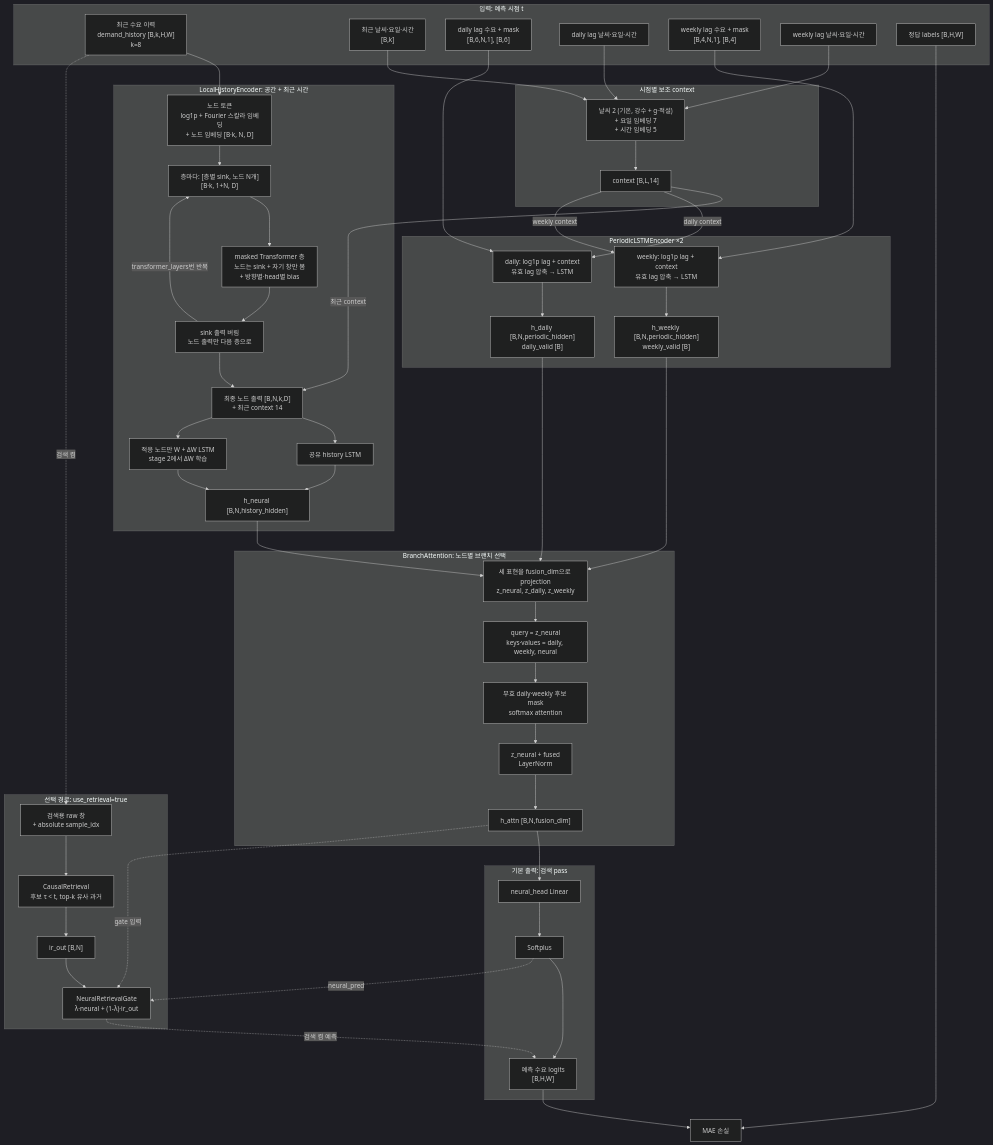
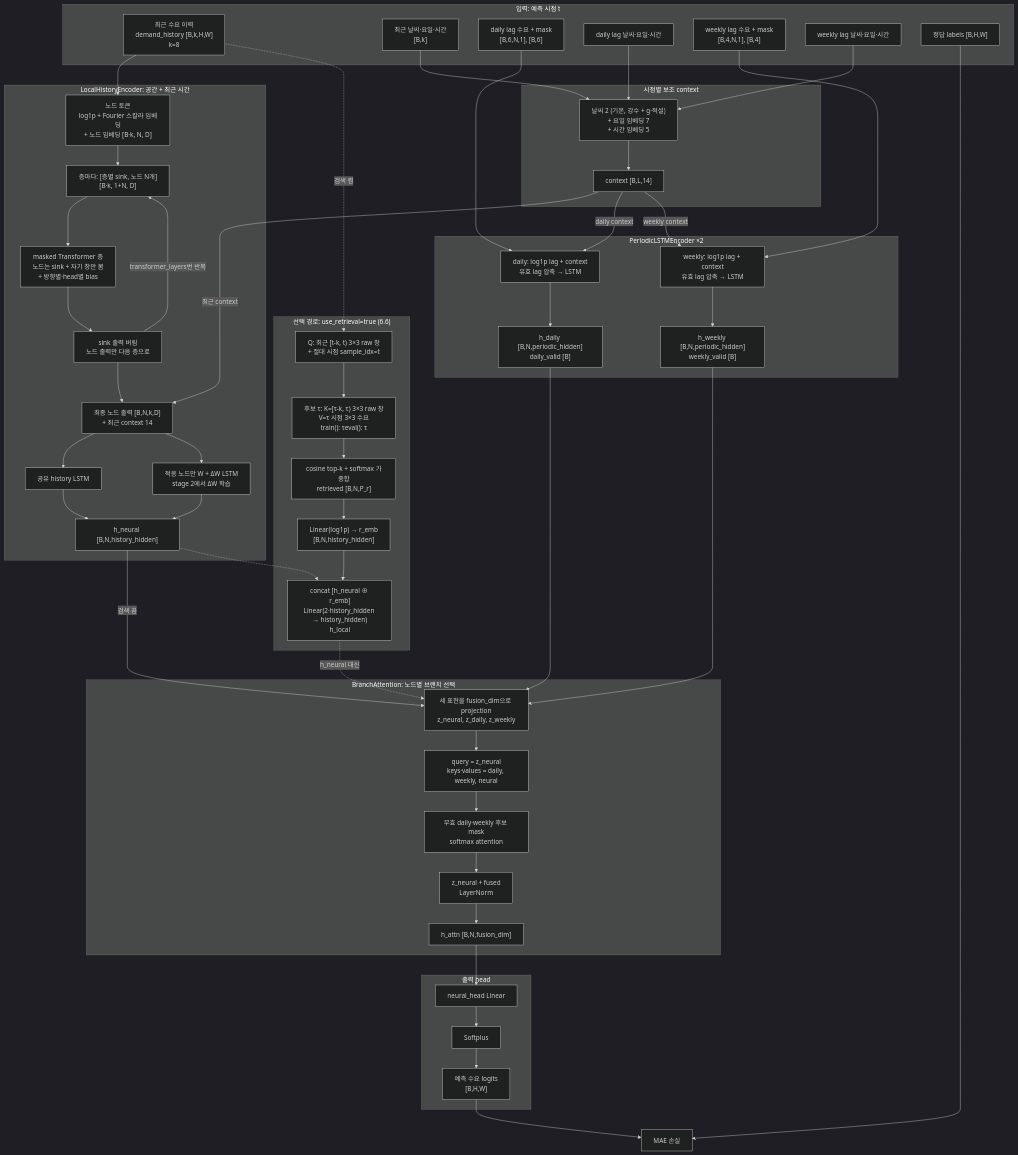
One commit to dev-jake-kim/demandprediction changed the diagram in docs/SPEC.md. Above: the diagram before and after it, drawn with Mermaid (dark theme). The commit also changed other lines of this file, not shown here.

Commit message:
SPEC: retrieval over train DB with 72h future mask in training, past-only in eval; fuse 3x3 retrieved labels into h_neural

````diff
--- a/docs/SPEC.md
+++ b/docs/SPEC.md
@@ -90,11 +90,11 @@
         A1 --> A2 --> A3 --> A4 --> HA
     end
 
-    HN --> A1
+    HN -->|"검색 끔"| A1
     HD --> A1
     HW --> A1
 
-    subgraph OUT["기본 출력: 검색 pass"]
+    subgraph OUT["출력 head"]
         O1["neural_head Linear"]
         O2["Softplus"]
         PRED["예측 수요 logits<br/>[B,H,W]"]
@@ -105,16 +105,16 @@
     PRED --> LOSS["MAE 손실"]
     Y --> LOSS
 
-    subgraph RET["선택 경로: use_retrieval=true"]
-        R1["검색용 raw 창<br/>+ absolute sample_idx"]
-        R2["CausalRetrieval<br/>후보 τ < t, top-k 유사 과거"]
-        R3["ir_out [B,N]"]
-        R4["NeuralRetrievalGate<br/>λ·neural + (1-λ)·ir_out"]
-        R1 --> R2 --> R3 --> R4
+    subgraph RET["선택 경로: use_retrieval=true (6.6)"]
+        R1["Q: 최근 [t-k, t) 3×3 raw 창<br/>+ 절대 시점 sample_idx=t"]
+        R2["후보 τ: K=[τ-k, τ) 3×3 raw 창<br/>V=τ 시점 3×3 수요<br/>train(): τ<train_end, τ∉[t, t+72h]<br/>eval(): τ<t"]
+        R3["cosine top-k + softmax 가중합<br/>retrieved [B,N,P_r]"]
+        R4["Linear(log1p) → r_emb<br/>[B,N,history_hidden]"]
+        R5["concat [h_neural ⊕ r_emb]<br/>Linear(2·history_hidden → history_hidden)<br/>h_local"]
+        R1 --> R2 --> R3 --> R4 --> R5
     end
 
     H -.->|"검색 켬"| R1
-    HA -.->|"gate 입력"| R4
-    O2 -.->|"neural_pred"| R4
-    R4 -.->|"검색 켬 예측"| PRED
+    HN -.-> R5
+    R5 -.->|"h_neural 대신"| A1
 ```
````
